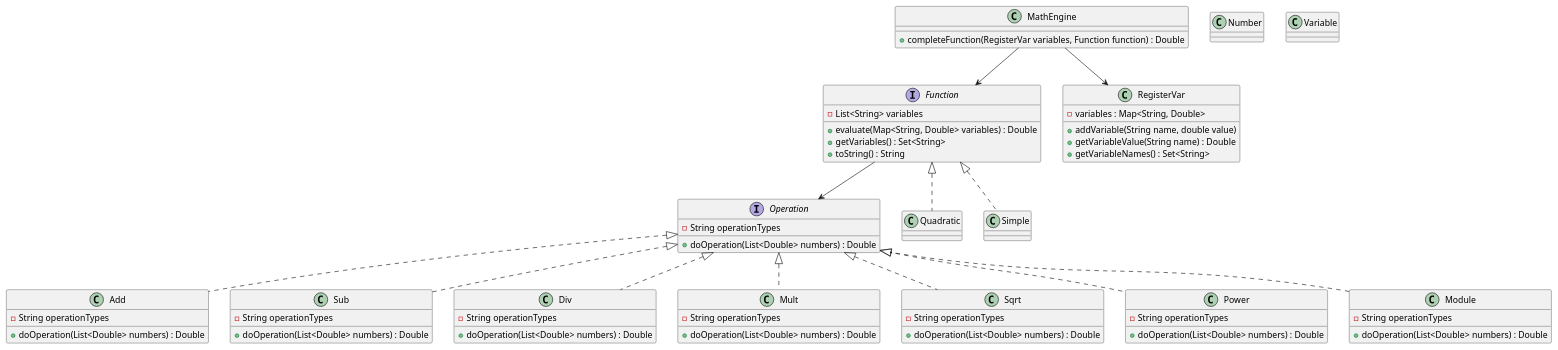
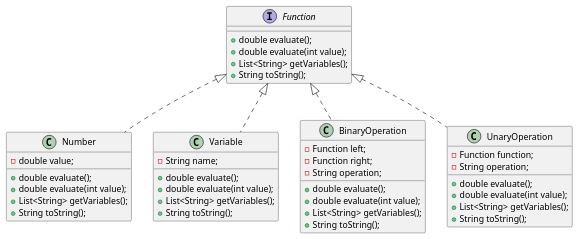
One commit to austral-ingsis-classroom/formula-JuliIglesias changed the diagram in diagrams/formula.puml. Above: the diagram before and after it, drawn with PlantUML. The commit also changed 7 other files, not shown here.

```diff
--- a/diagrams/formula.puml
+++ b/diagrams/formula.puml
@@ -1,97 +1,49 @@
 @startuml
-'https://plantuml.com/class-diagram
-class MathEngine{
-    '- List<Function> functionTypes --> complete recibe String'
+'https://plantuml.com/sequence-diagram
 
-    + completeFunction(RegisterVar variables, Function function) : Double
-
+interface Function {
+    + double evaluate();
+    + double evaluate(int value);
+    + List<String> getVariables();
+    + String toString();
 }
 
-interface Operation{
-    - String operationTypes
+class Number implements Function {
+    - double value;
 
-    + doOperation(List<Double> numbers) : Double
+    + double evaluate();
+    + double evaluate(int value);
+    + List<String> getVariables();
+    + String toString();
 }
 
-class Add implements Operation{
-    - String operationTypes
+class Variable implements Function {
+    - String name;
 
-    + doOperation(List<Double> numbers) : Double
-}
-class Sub implements Operation{
-    - String operationTypes
-
-    + doOperation(List<Double> numbers) : Double
-}
-class Div implements Operation{
-    - String operationTypes
-
-    + doOperation(List<Double> numbers) : Double
-}
-class Mult implements Operation{
-    - String operationTypes
-
-    + doOperation(List<Double> numbers) : Double
-}
-class Sqrt implements Operation{
-    - String operationTypes
-
-    + doOperation(List<Double> numbers) : Double
-}
-class Power implements Operation{
-    - String operationTypes
-
-    + doOperation(List<Double> numbers) : Double
-}
-class Module implements Operation{
-    - String operationTypes
-
-    + doOperation(List<Double> numbers) : Double
+    + double evaluate();
+    + double evaluate(int value);
+    + List<String> getVariables();
+    + String toString();
 }
 
+class BinaryOperation implements Function {
+    - Function left;
+    - Function right;
+    - String operation;
 
-interface Function {
-    - List<String> variables
-
-    + evaluate(Map<String, Double> variables) : Double
-    + getVariables() : Set<String>
-    + toString() : String
+    + double evaluate();
+    + double evaluate(int value);
+    + List<String> getVariables();
+    + String toString();
 }
 
-class RegisterVar {
-    - variables : Map<String, Double>
+class UnaryOperation implements Function {
+    - Function function;
+    - String operation;
 
-    + addVariable(String name, double value)
-    + getVariableValue(String name) : Double
-    + getVariableNames() : Set<String>
+    + double evaluate();
+    + double evaluate(int value);
+    + List<String> getVariables();
+    + String toString();
 }
-
-
-MathEngine --> RegisterVar
-MathEngine --> Function
-'Function --> RegisterOper
-''Function --> RegisterVar'
-
-'class RegisterOper{'
-    '- operationes : Map<String,Operation>'
-
-    '+ getOperation(String name) :Operation'
-    '+ doOperation(Operation oper) : Double'
-
-
-'MathEngine --> RegisterOper'
-'RegisterOper --> Operation'
-Function --> Operation
-class Quadratic implements Function{}
-class Simple implements Function{}
-
-class Number{
-
-}
-
-class Variable{
-
-}
-
-
 @enduml
```
